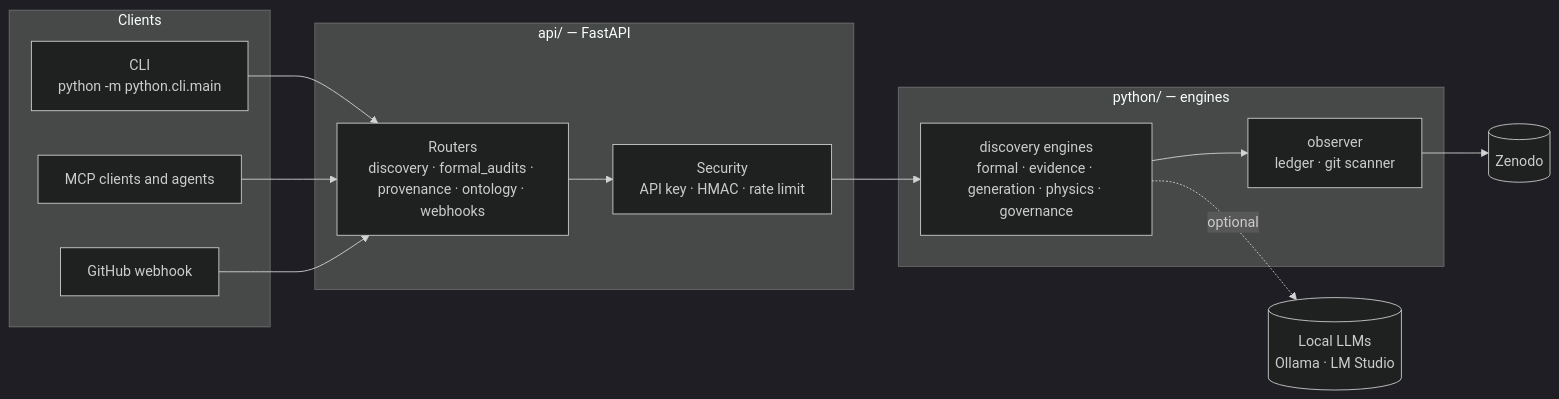
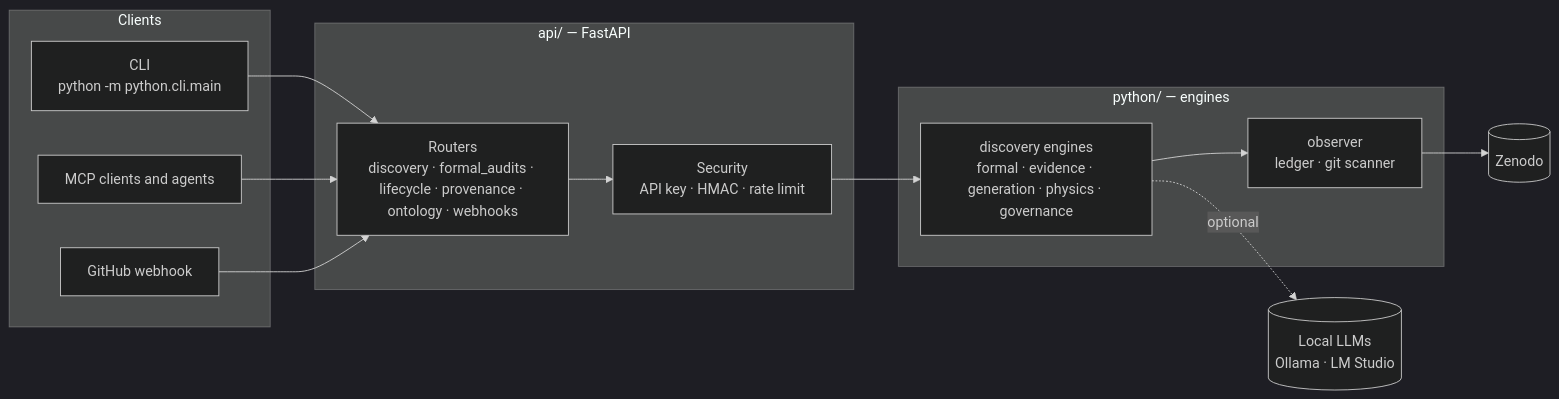
One commit to Fundacion-de-Neurociencias/coresearcher changed the diagram in README.md. Above: the diagram before and after it, drawn with Mermaid (dark theme). The commit also changed other lines of this file and 13 other files, not shown here.

First line of the commit message:
feat(lifecycle): stage gates, versions and releases for research projects (ADR-DISCOVERY-063)

````diff
--- a/README.md
+++ b/README.md
@@ -41,25 +42,25 @@
 ```mermaid
 flowchart LR
   subgraph Clients
     CLI["CLI<br/>python -m python.cli.main"]
     MCP["MCP clients and agents"]
     GH["GitHub webhook"]
   end
   subgraph API["api/ — FastAPI"]
-    R["Routers<br/>discovery · formal_audits · provenance · ontology · webhooks"]
+    R["Routers<br/>discovery · formal_audits · lifecycle · provenance · ontology · webhooks"]
     SEC["Security<br/>API key · HMAC · rate limit"]
   end
   subgraph Core["python/ — engines"]
     ENG["discovery engines<br/>formal · evidence · generation · physics · governance"]
     LED["observer<br/>ledger · git scanner"]
   end
   LLM[("Local LLMs<br/>Ollama · LM Studio")]
   ZEN[("Zenodo")]
   CLI --> R
   MCP --> R
   GH --> R
   R --> SEC --> ENG
   ENG --> LED
   ENG -. optional .-> LLM
   LED --> ZEN
 ```
````
